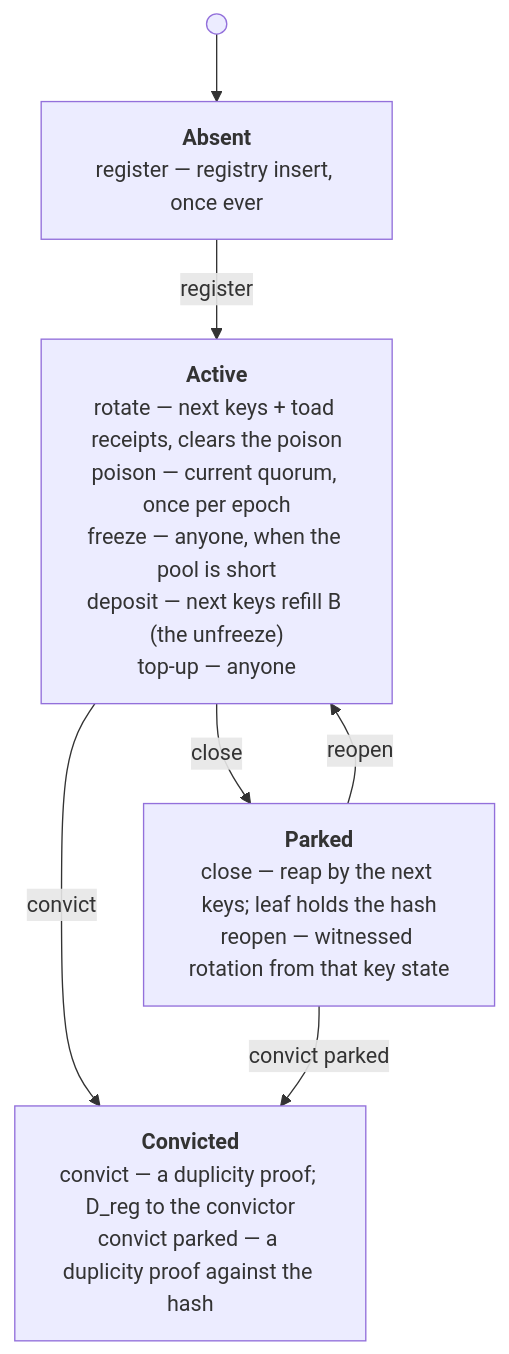
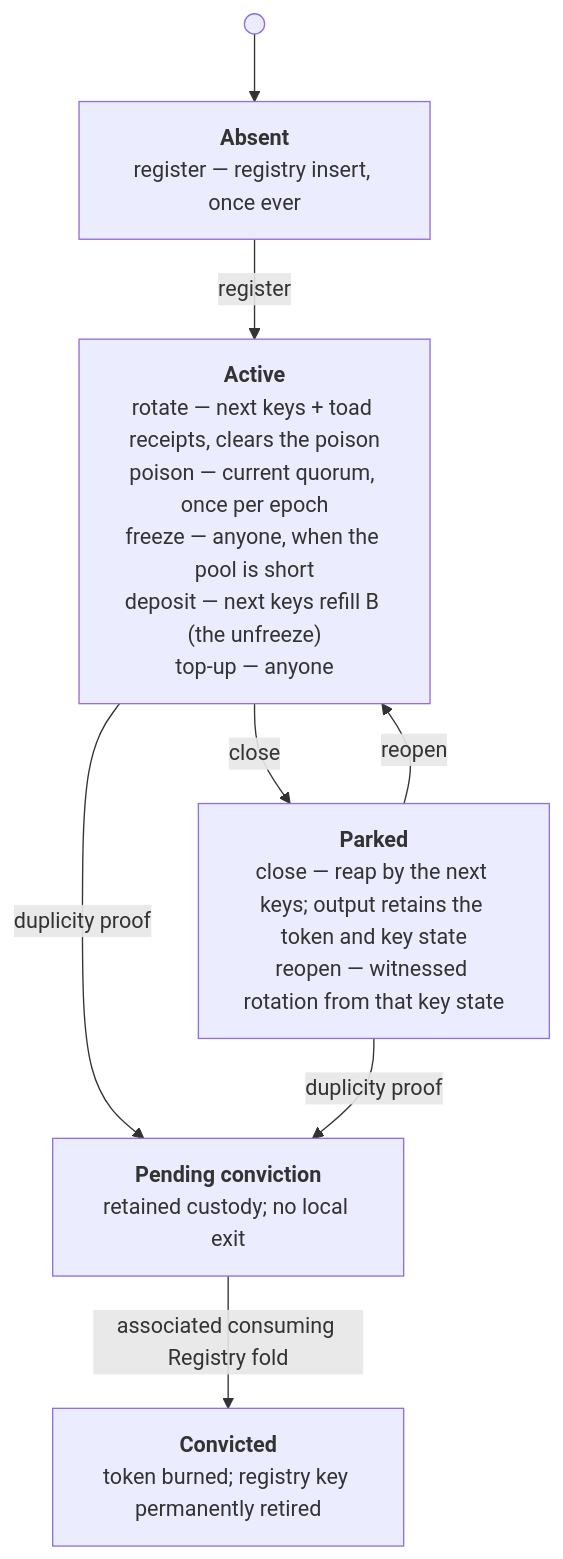
The diagram in docs/index.md (lambdasistemi/cardano-keri), drawn with Mermaid before and after one commit. The commit also changed other lines of this file and 266 other files, not shown here.

First line of the commit message:
fix(model): retain parked outputs and bind retirement to registry folds

````diff
--- a/docs/index.md
+++ b/docs/index.md
@@ -132,9 +133,10 @@
 ```mermaid
 flowchart TB
     start(( )) --> Absent["<b>Absent</b><br/>register — registry insert, once ever"]
     Absent -->|register| Active["<b>Active</b><br/>rotate — next keys + toad receipts, clears the poison<br/>poison — current quorum, once per epoch<br/>freeze — anyone, when the pool is short<br/>deposit — next keys refill B (the unfreeze)<br/>top-up — anyone"]
-    Active -->|close| Parked["<b>Parked</b><br/>close — reap by the next keys#59; leaf holds the hash<br/>reopen — witnessed rotation from that key state"]
+    Active -->|close| Parked["<b>Parked</b><br/>close — reap by the next keys#59; output retains the token and key state<br/>reopen — witnessed rotation from that key state"]
     Parked -->|reopen| Active
-    Active -->|convict| Convicted["<b>Convicted</b><br/>convict — a duplicity proof#59; D_reg to the convictor<br/>convict parked — a duplicity proof against the hash"]
-    Parked -->|convict parked| Convicted
+    Active -->|duplicity proof| Pending["<b>Pending conviction</b><br/>retained custody#59; no local exit"]
+    Parked -->|duplicity proof| Pending
+    Pending -->|associated consuming Registry fold| Convicted["<b>Convicted</b><br/>token burned#59; registry key permanently retired"]
 ```
````
